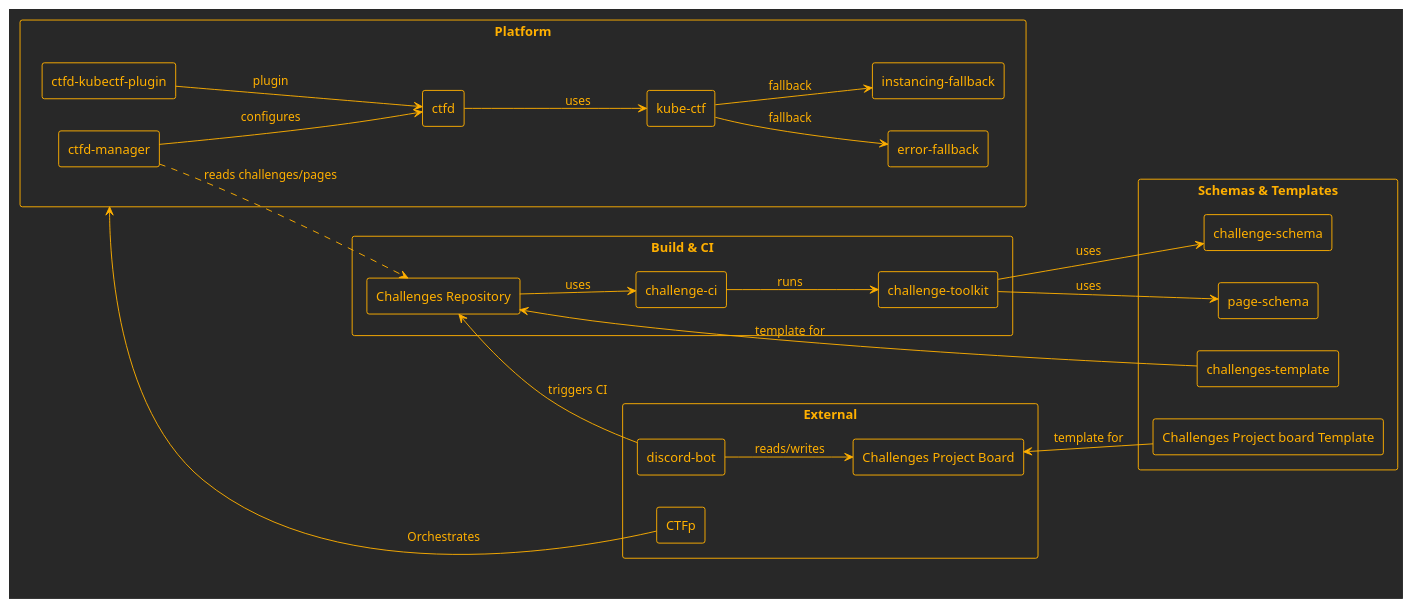
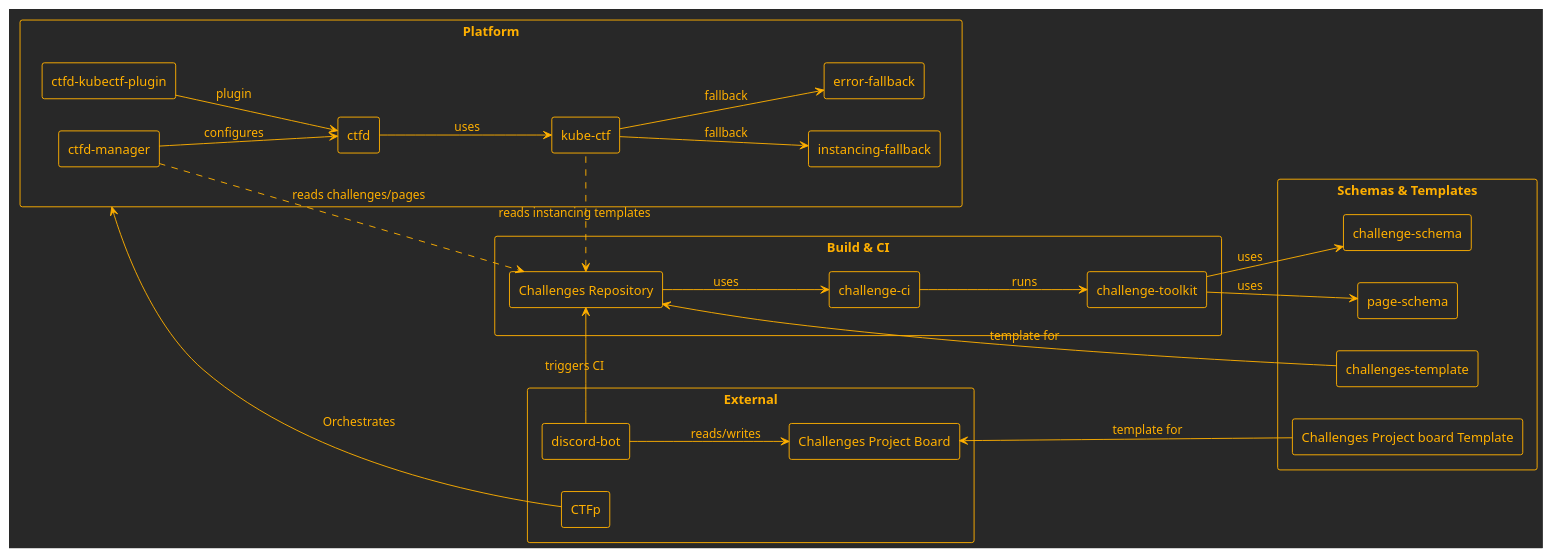
Before and after one commit to ctfpilot/.github: the diagram in attachments/dependency.plantuml, drawn with PlantUML. The commit also changed 2 other files, not shown here.

Commit message:
Update diagram

```diff
--- a/attachments/dependency.plantuml
+++ b/attachments/dependency.plantuml
@@ -1,79 +1,80 @@
 @startuml
 !theme crt-amber
 left to right direction
 skinparam packageStyle rectangle
 skinparam shadowing false
 skinparam componentStyle rectangle
 
 ' =========================
 ' Contracts & Templates
 ' =========================
 package "Schemas & Templates" {
   component "challenge-schema" as CS [[https://github.com/ctfpilot/challenge-schema]]
   component "page-schema" as PS [[https://github.com/ctfpilot/page-schema]]
   component "challenges-template" as CT [[https://github.com/ctfpilot/challenges-template]]
   component "Challenges Project board Template" as PBT [[https://github.com/orgs/ctfpilot/projects/1]]
 }
 
 ' =========================
 ' Build & CI
 ' =========================
 package "Build & CI" {
   component "challenge-toolkit" as Toolkit [[https://github.com/ctfpilot/challenge-toolkit]]
   component "challenge-ci" as CI [[https://github.com/ctfpilot/challenge-ci]]
   component "Challenges Repository" as Repo [[https://github.com/ctfpilot/challenges-example]]
 }
 
 ' =========================
 ' Platform
 ' =========================
 package "Platform" {
   component "ctfd-kubectf-plugin" as Plugin [[https://github.com/ctfpilot/ctfd-kubectf-plugin]]
   component "ctfd-manager" as Manager [[https://github.com/ctfpilot/ctfd-manager]]
   component "ctfd" as CTFd [[https://github.com/ctfpilot/ctfd]]
   component "kube-ctf" as Kube [[https://github.com/ctfpilot/kube-ctf]]
   component "instancing-fallback" as IFB [[https://github.com/ctfpilot/instancing-fallback]]
   component "error-fallback" as EFB [[https://github.com/ctfpilot/error-fallback]]
 }
 
 ' =========================
 ' External / Orchestration
 ' =========================
 package "External" {
+  component "discord-bot" as Bot [[https://github.com/ctfpilot/discord-bot]]
   component "CTFp" as CTFp [[https://github.com/ctfpilot/ctfp]]
-  component "discord-bot" as Bot [[https://github.com/ctfpilot/discord-bot]]
   component "Challenges Project Board" as Board [[https://github.com/orgs/ctfpilot/projects/2]]
 }
 
 ' =========================
 ' Dependencies
 ' =========================
 
 ' Contracts
 Toolkit --> CS : uses
 Toolkit --> PS : uses
 PBT --> Board : template for
 CT ---> Repo : template for
 
 ' Build chain
 CI --> Toolkit : runs
 Repo --> CI : uses
 Bot --> Repo : triggers CI
 
 ' Platform orchestration
 CTFp -u-> Platform : Orchestrates
 CTFp --[hidden]u-> Manager
 
 ' Platform internals
 Manager --> CTFd : configures
 Manager ..> Repo : reads challenges/pages
+Kube .l.> Repo : reads instancing templates
 
 Plugin --> CTFd : plugin
 CTFd --> Kube : uses
 Kube --> IFB : fallback
 Kube --> EFB : fallback
 
 ' External
 Bot --> Board : reads/writes
 
 @enduml
```
